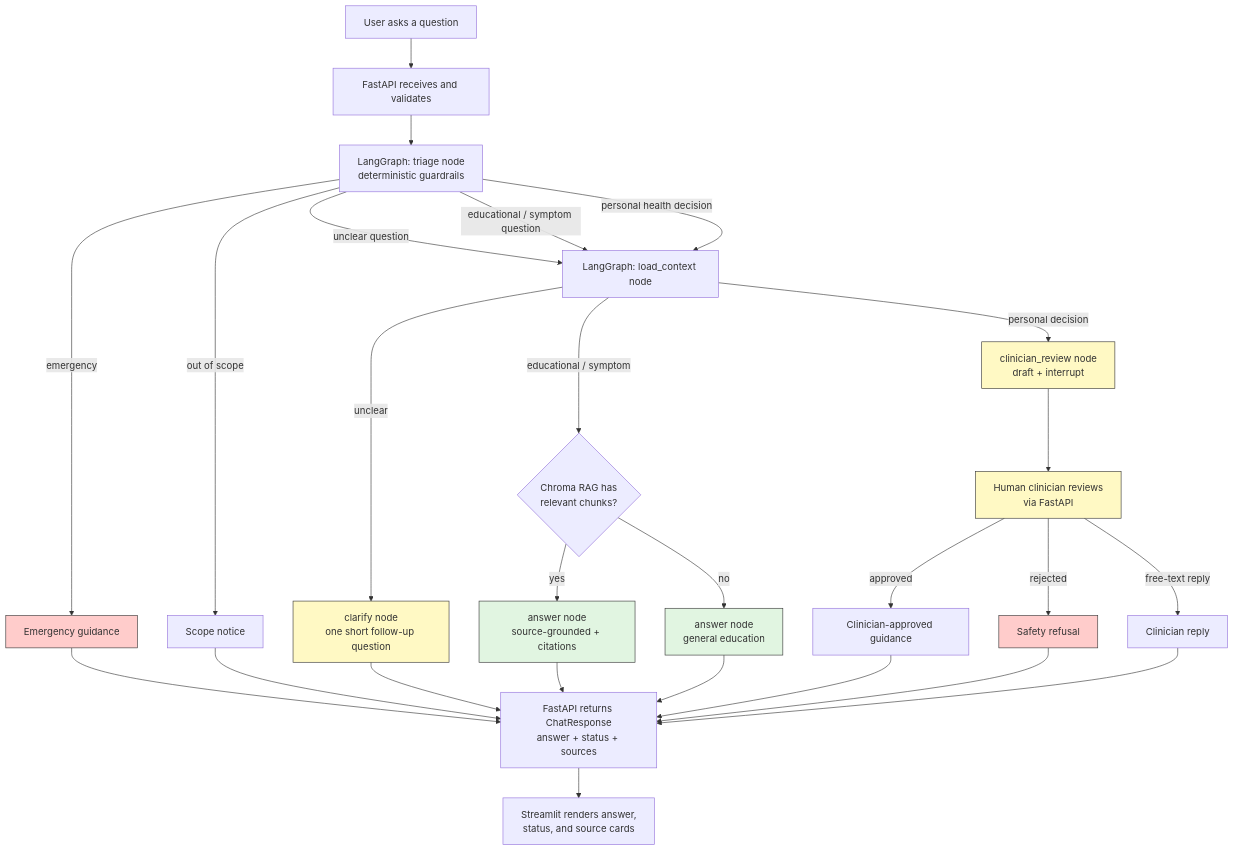
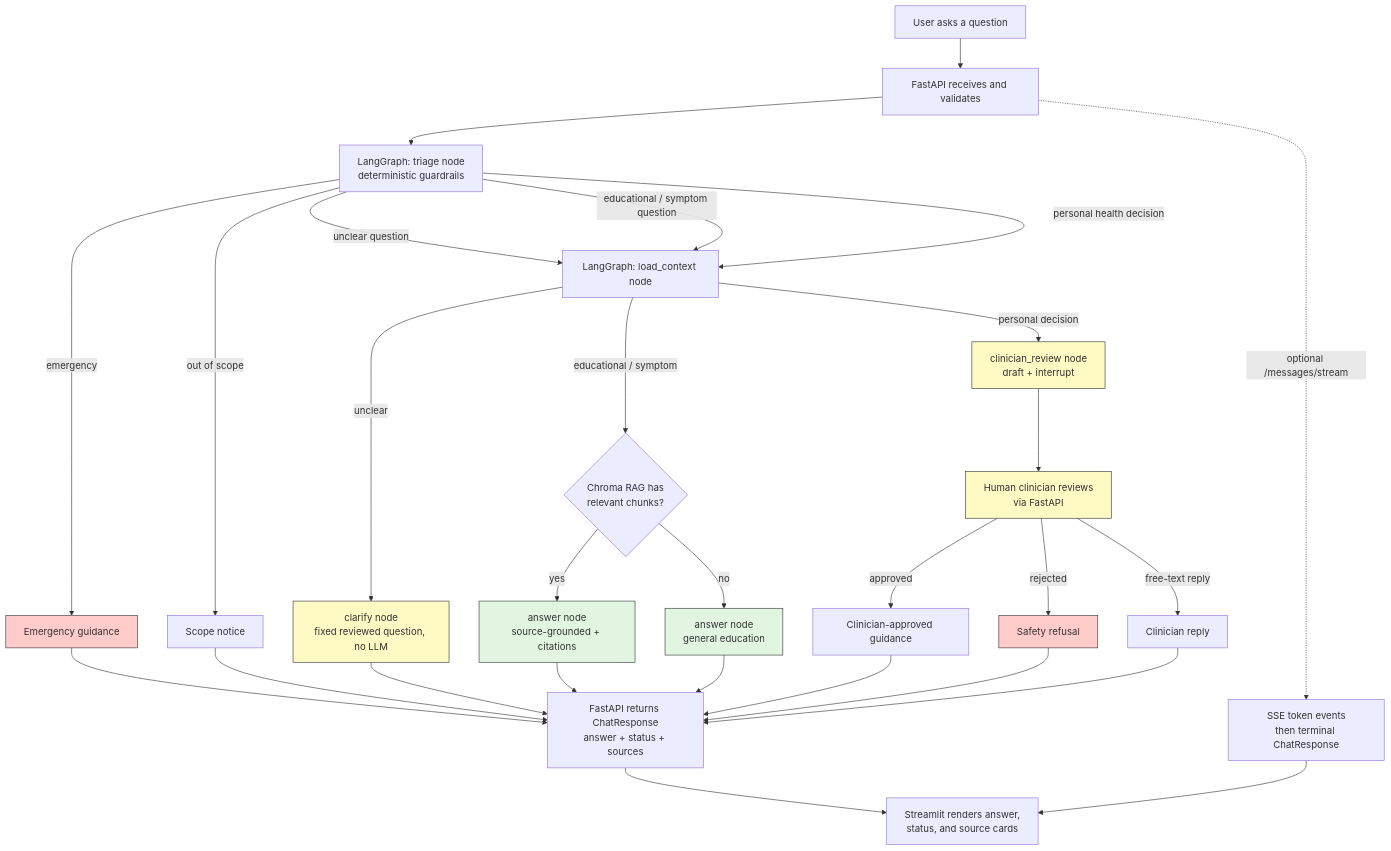
The diagram in docs/architecture.md (Chitranshu0/DrugGPT), drawn with Mermaid before and after one commit. The commit also changed other lines of this file and 28 other files, not shown here.

````diff
--- a/docs/architecture.md
+++ b/docs/architecture.md
@@ -21,40 +21,42 @@
 ```mermaid
 flowchart TD
     U[User asks a question] --> API[FastAPI receives and validates]
     API --> T[LangGraph: triage node<br/>deterministic guardrails]
 
     T -->|emergency| E[Emergency guidance]
     T -->|out of scope| O[Scope notice]
     T -->|unclear question| C[LangGraph: load_context node]
     T -->|educational / symptom question| C
     T -->|personal health decision| C
 
-    C -->|unclear| Q[clarify node<br/>one short follow-up question]
+    C -->|unclear| Q[clarify node<br/>fixed reviewed question, no LLM]
     C -->|educational / symptom| R{Chroma RAG has<br/>relevant chunks?}
     R -->|yes| A[answer node<br/>source-grounded + citations]
     R -->|no| G[answer node<br/>general education]
     C -->|personal decision| H[clinician_review node<br/>draft + interrupt]
 
     H --> HP[Human clinician reviews<br/>via FastAPI]
     HP -->|approved| HA[Clinician-approved guidance]
     HP -->|rejected| HR[Safety refusal]
     HP -->|free-text reply| HC[Clinician reply]
 
     E --> RES[FastAPI returns ChatResponse<br/>answer + status + sources]
     O --> RES
     Q --> RES
     A --> RES
     G --> RES
     HA --> RES
     HR --> RES
     HC --> RES
     RES --> UI[Streamlit renders answer,<br/>status, and source cards]
+    API -.->|optional /messages/stream| ST[SSE token events<br/>then terminal ChatResponse]
+    ST --> UI
 
     style E fill:#ffcccb,stroke:#333
     style HR fill:#ffcccb,stroke:#333
     style Q fill:#fff9c4,stroke:#333
     style H fill:#fff9c4,stroke:#333
     style HP fill:#fff9c4,stroke:#333
     style A fill:#e1f5e1,stroke:#333
     style G fill:#e1f5e1,stroke:#333
 ```
````
